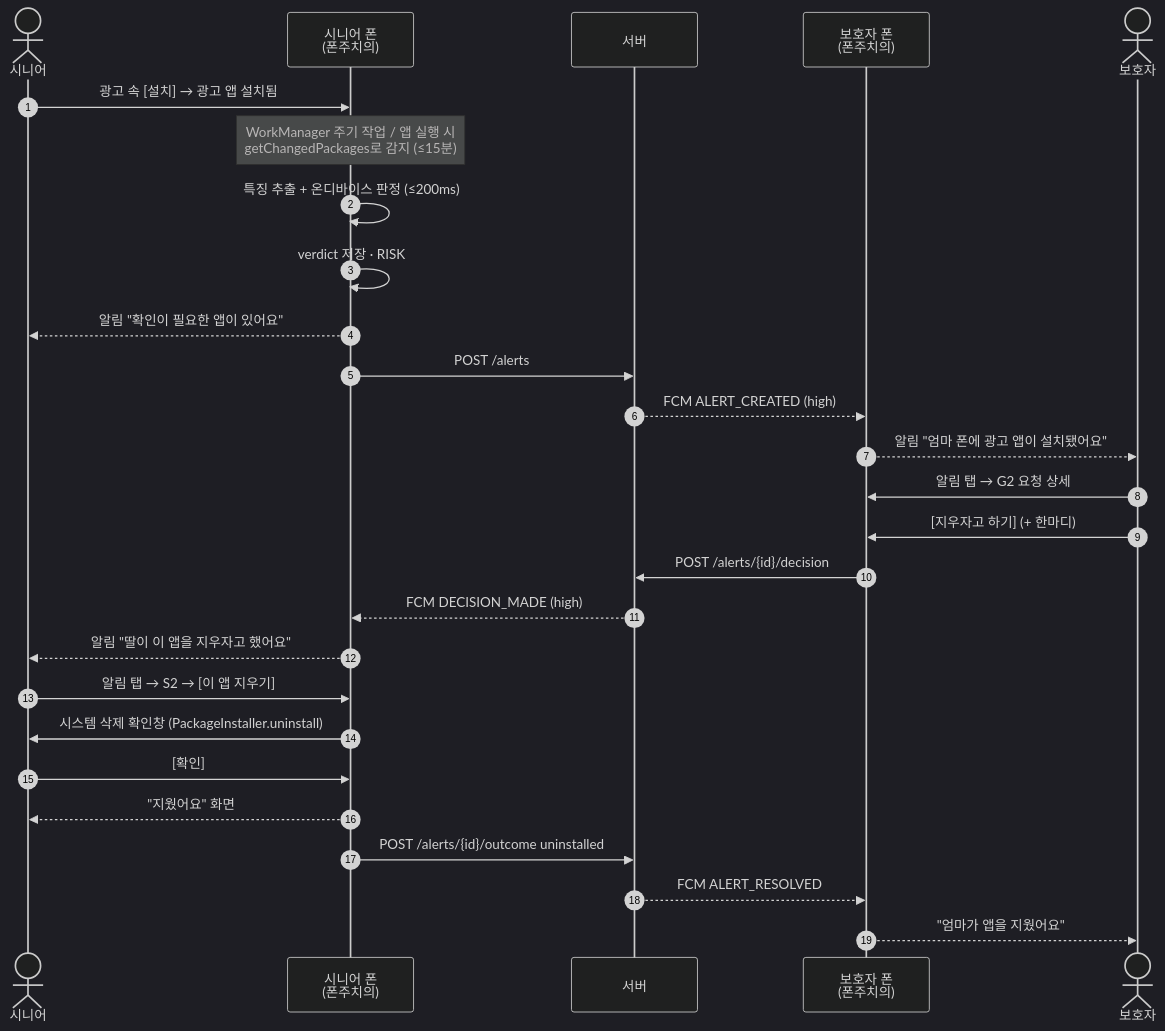
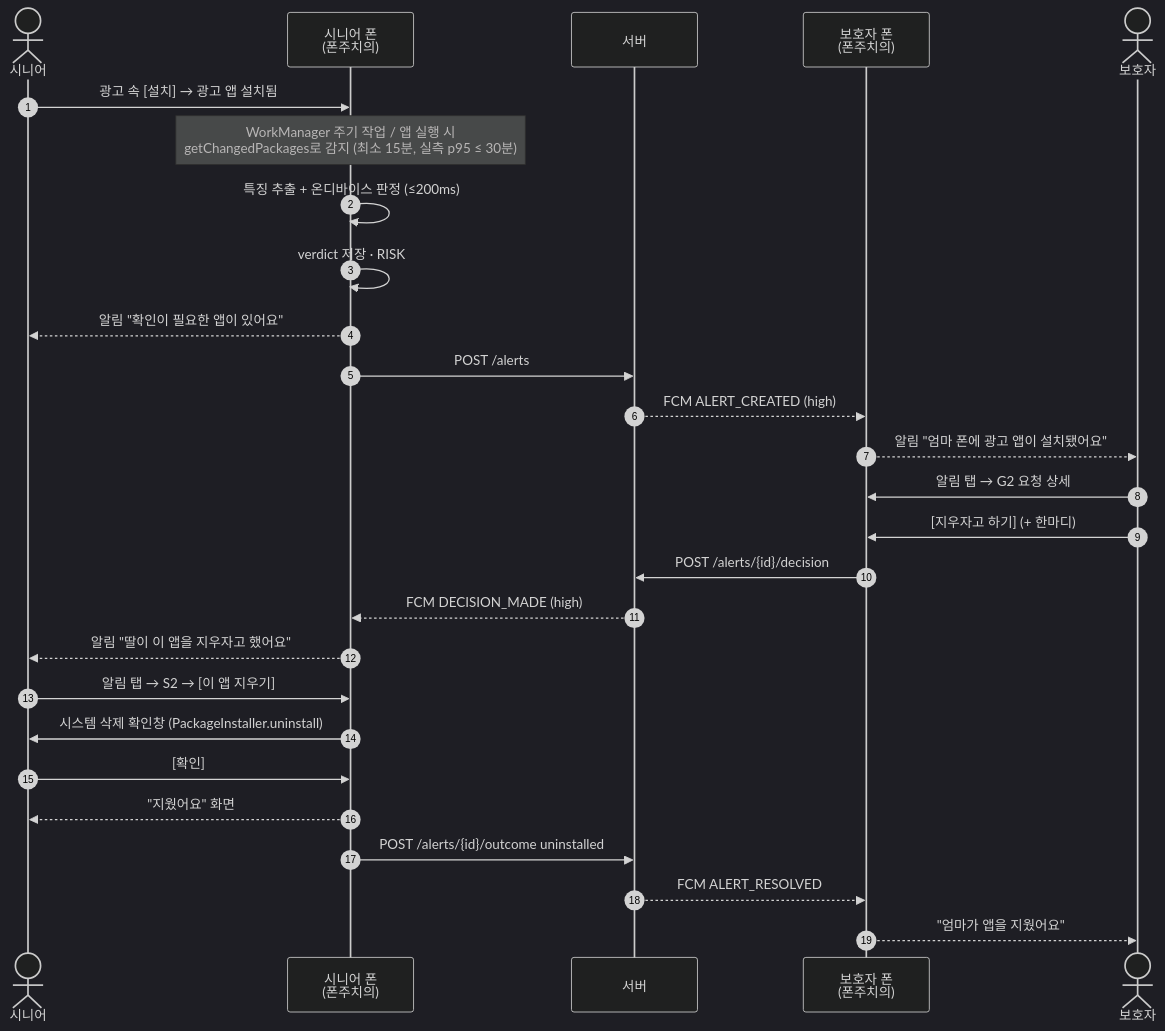
The second of 5 diagrams in specs/001-mvp/ux-flows.md (inq-o/phonedoctor), drawn with Mermaid (dark theme) before and after one commit. The commit also changed other lines of this file and 9 other files, not shown here.

````diff
--- a/specs/001-mvp/ux-flows.md
+++ b/specs/001-mvp/ux-flows.md
@@ -61,30 +84,30 @@
 ```mermaid
 sequenceDiagram
     autonumber
     actor 시니어
     participant SP as 시니어 폰<br/>(폰주치의)
     participant API as 서버
     participant GP as 보호자 폰<br/>(폰주치의)
     actor 보호자
 
     시니어->>SP: 광고 속 [설치] → 광고 앱 설치됨
-    Note over SP: WorkManager 주기 작업 / 앱 실행 시<br/>getChangedPackages로 감지 (≤15분)
+    Note over SP: WorkManager 주기 작업 / 앱 실행 시<br/>getChangedPackages로 감지 (최소 15분, 실측 p95 ≤ 30분)
     SP->>SP: 특징 추출 + 온디바이스 판정 (≤200ms)
     SP->>SP: verdict 저장 · RISK
     SP-->>시니어: 알림 "확인이 필요한 앱이 있어요"
     SP->>API: POST /alerts
     API-->>GP: FCM ALERT_CREATED (high)
     GP-->>보호자: 알림 "엄마 폰에 광고 앱이 설치됐어요"
     보호자->>GP: 알림 탭 → G2 요청 상세
     보호자->>GP: [지우자고 하기] (+ 한마디)
     GP->>API: POST /alerts/{id}/decision
     API-->>SP: FCM DECISION_MADE (high)
     SP-->>시니어: 알림 "딸이 이 앱을 지우자고 했어요"
     시니어->>SP: 알림 탭 → S2 → [이 앱 지우기]
     SP->>시니어: 시스템 삭제 확인창 (PackageInstaller.uninstall)
     시니어->>SP: [확인]
     SP-->>시니어: "지웠어요" 화면
     SP->>API: POST /alerts/{id}/outcome uninstalled
     API-->>GP: FCM ALERT_RESOLVED
     GP-->>보호자: "엄마가 앱을 지웠어요"
 ```
````
